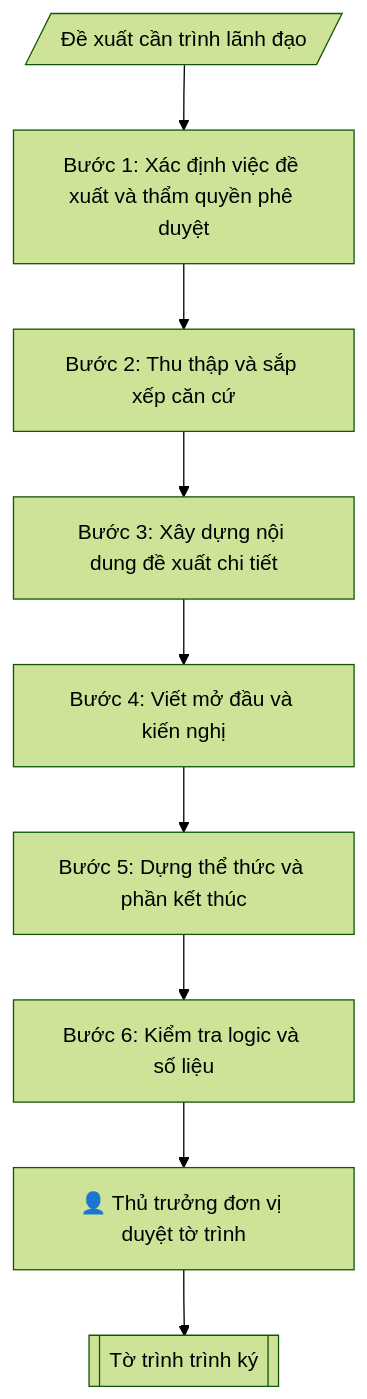
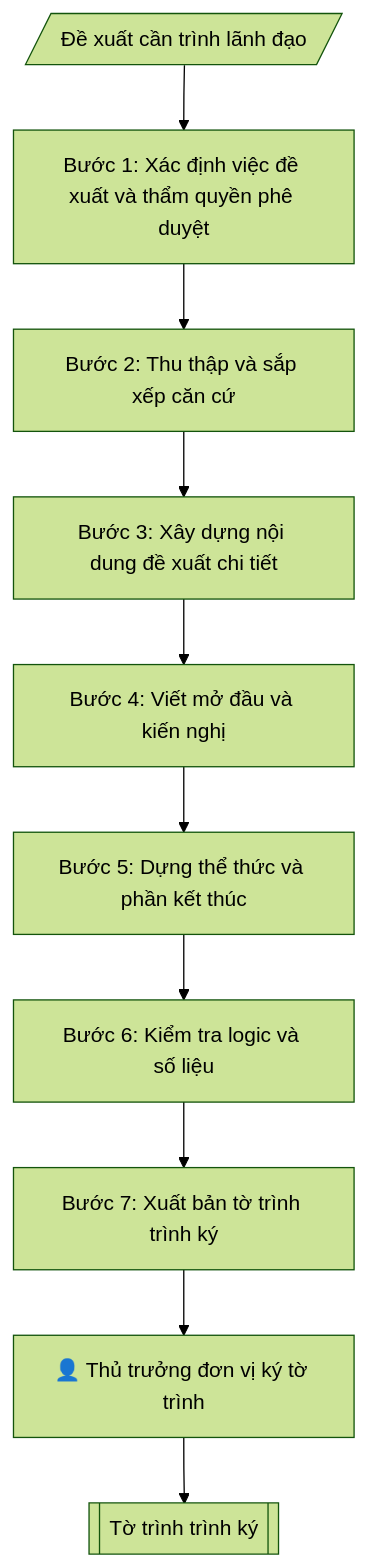
Before and after one commit to phamtruong91/dh-skills: the diagram in skills/soan-to-trinh/SKILL.md, drawn with Mermaid (forest theme). The commit also changed other lines of this file and 30 other files, not shown here.

````diff
--- a/skills/soan-to-trinh/SKILL.md
+++ b/skills/soan-to-trinh/SKILL.md
@@ -92,11 +92,12 @@
 ```mermaid
 flowchart TD
     IN[/"Đề xuất cần trình lãnh đạo"/] --> B1["Bước 1: Xác định việc đề xuất và thẩm quyền phê duyệt"]
     B1 --> B2["Bước 2: Thu thập và sắp xếp căn cứ"]
     B2 --> B3["Bước 3: Xây dựng nội dung đề xuất chi tiết"]
     B3 --> B4["Bước 4: Viết mở đầu và kiến nghị"]
     B4 --> B5["Bước 5: Dựng thể thức và phần kết thúc"]
     B5 --> B6["Bước 6: Kiểm tra logic và số liệu"]
-    B6 --> HG["👤 Thủ trưởng đơn vị duyệt tờ trình"]
+    B6 --> B7["Bước 7: Xuất bản tờ trình trình ký"]
+    B7 --> HG["👤 Thủ trưởng đơn vị ký tờ trình"]
     HG --> OUT[["Tờ trình trình ký"]]
 ```
````
